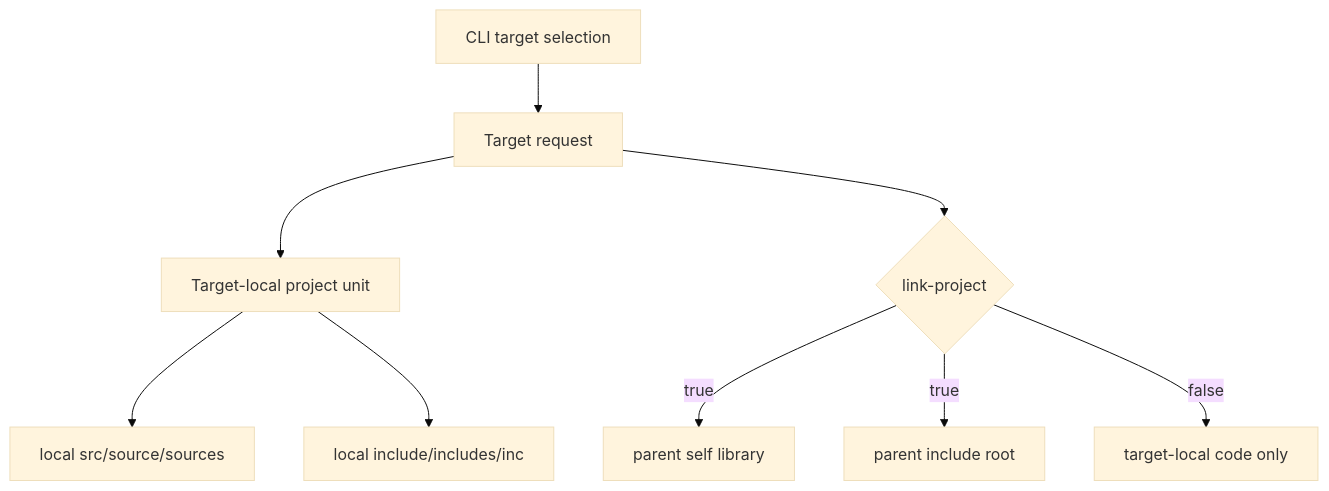
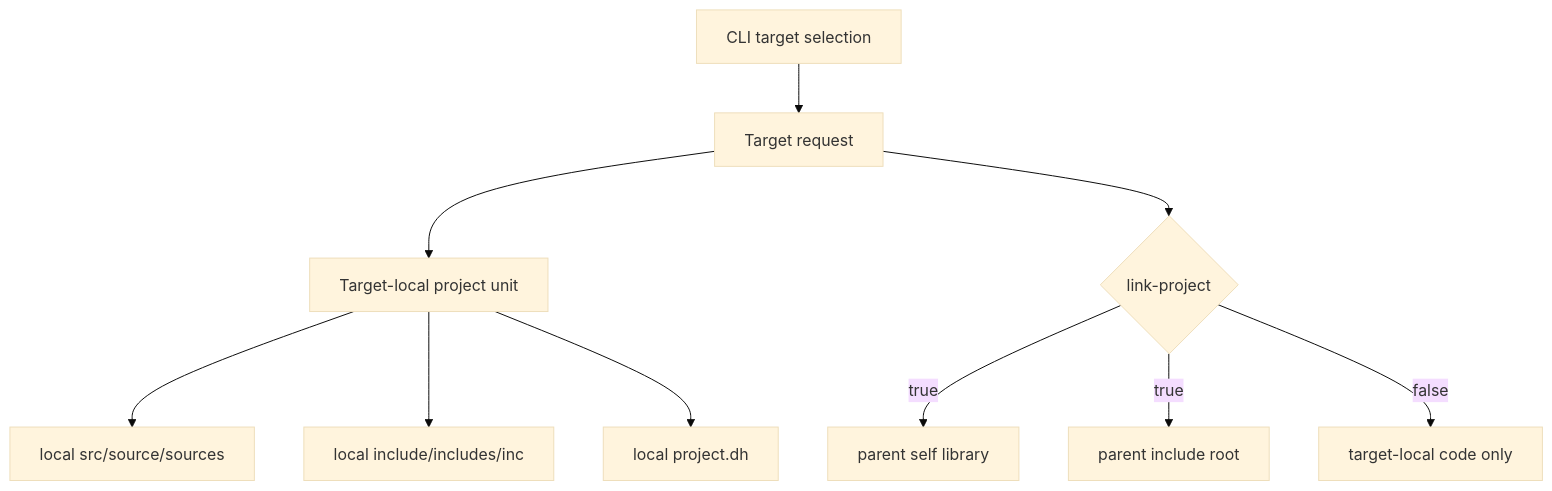
Before and after one commit to coding-pelican/dasae-headers: the first of 3 diagrams in dh-c/docs/project-dh-contract.md, drawn with Mermaid (base theme). The commit also changed other lines of this file and 24 other files, not shown here.

````diff
--- a/dh-c/docs/project-dh-contract.md
+++ b/dh-c/docs/project-dh-contract.md
@@ -137,11 +143,12 @@
 ```mermaid
 graph TD
     CLI[CLI target selection] --> Request[Target request]
     Request --> Local[Target-local project unit]
     Local --> LocalSrc[local src/source/sources]
     Local --> LocalInclude[local include/includes/inc]
+    Local --> LocalProject[local project.dh]
     Request --> LinkProject{link-project}
     LinkProject -->|true| ParentSrc[parent self library]
     LinkProject -->|true| ParentInclude[parent include root]
     LinkProject -->|false| TargetOnly[target-local code only]
 ```
````
